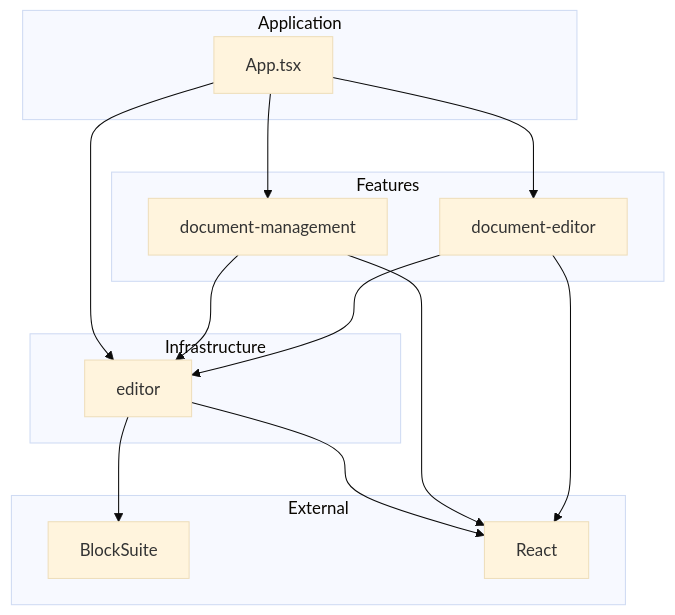
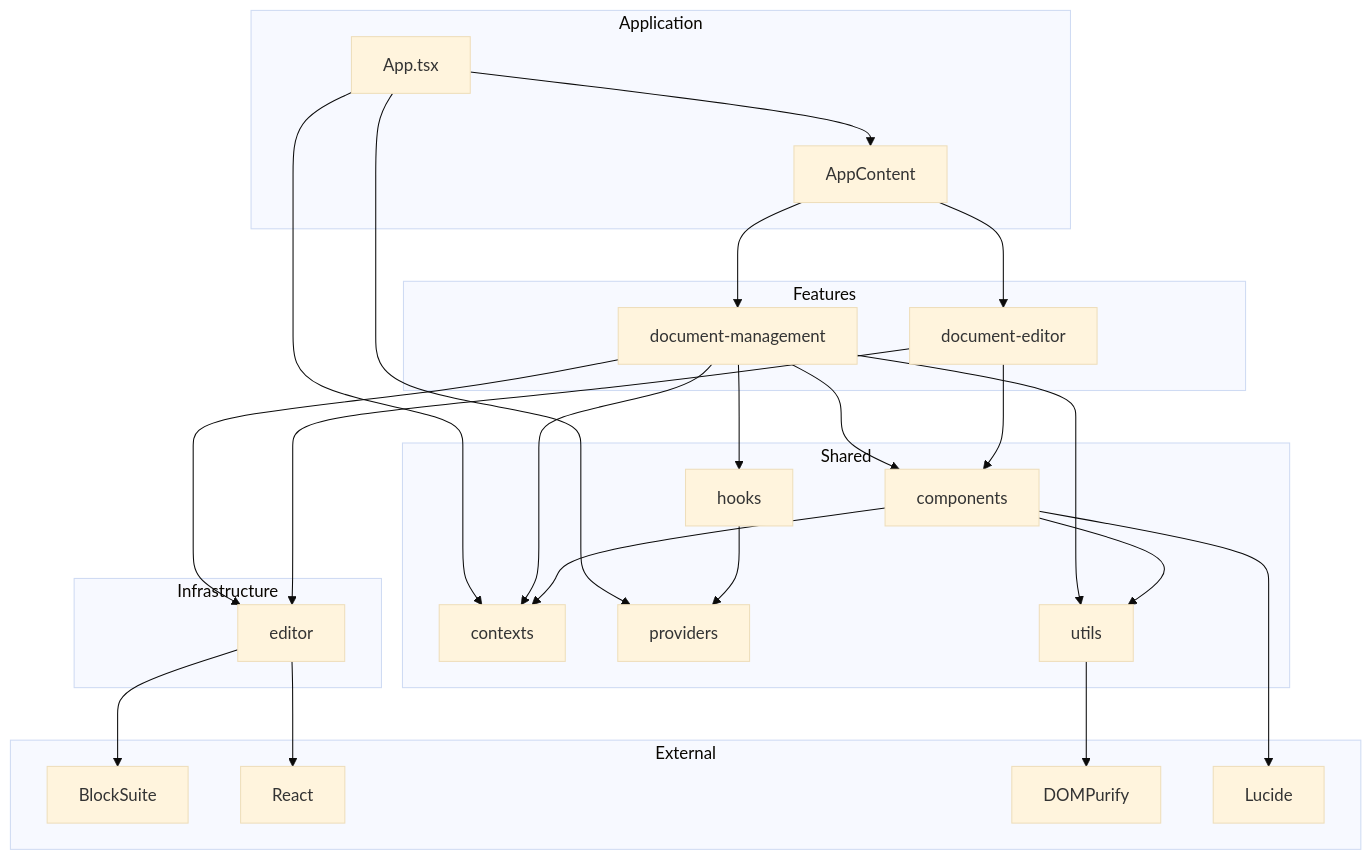
The seventh of 9 diagrams in STRUCTURE.md (eliseo-arevalo/blocksuite-react), drawn with Mermaid (base theme) before and after one commit. The commit also changed other lines of this file and 3 other files, not shown here.

````diff
--- a/STRUCTURE.md
+++ b/STRUCTURE.md
@@ -132,30 +246,51 @@
 ```mermaid
 graph TB
     subgraph Application
         A[App.tsx]
+        AC[AppContent]
     end
     
     subgraph Features
         B[document-management]
         C[document-editor]
+    end
+    
+    subgraph Shared
+        S1[components]
+        S2[contexts]
+        S3[hooks]
+        S4[providers]
+        S5[utils]
     end
     
     subgraph Infrastructure
         D[editor]
     end
     
     subgraph External
         E[BlockSuite]
         F[React]
+        G[DOMPurify]
+        H[Lucide]
     end
     
-    A --> B
-    A --> C
-    A --> D
+    A --> AC
+    AC --> B
+    AC --> C
+    A --> S2
+    A --> S4
+    B --> S1
+    B --> S2
+    B --> S3
+    B --> S5
+    C --> S1
+    S1 --> S2
+    S1 --> S5
+    S3 --> S4
     B --> D
     C --> D
     D --> E
     D --> F
-    B --> F
-    C --> F
+    S5 --> G
+    S1 --> H
 ```
````
